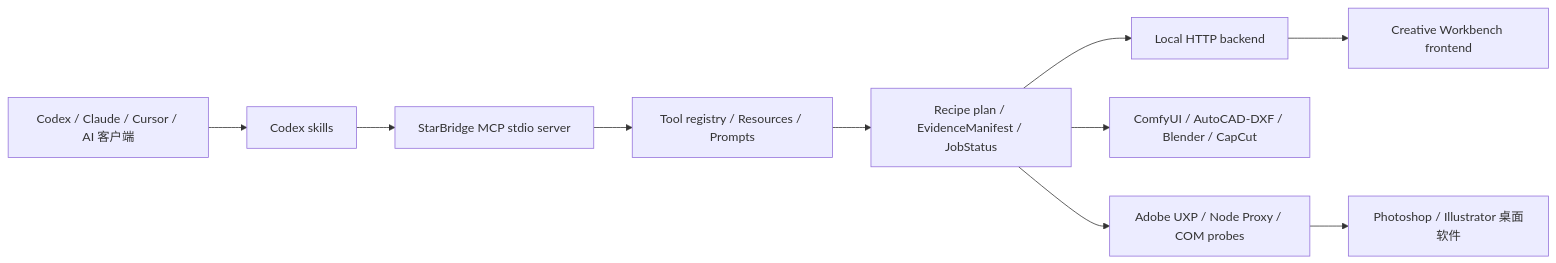
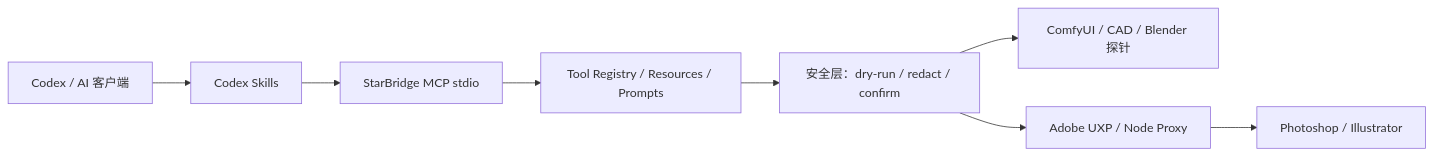
Before and after one commit to jianbaorui07-dot/Codex-Integration-with-Creative-Industry-Software: the diagram in README.md, drawn with Mermaid. The commit also changed other lines of this file and 258 other files, not shown here.

````diff
--- a/README.md
+++ b/README.md
@@ -135,12 +65,10 @@
 ```mermaid
 flowchart LR
-  A["Codex / Claude / Cursor / AI 客户端"] --> B["Codex skills"]
-  B --> C["StarBridge MCP stdio server"]
-  C --> D["Tool registry / Resources / Prompts"]
-  D --> E["Recipe plan / EvidenceManifest / JobStatus"]
-  E --> F["Local HTTP backend"]
-  F --> G["Creative Workbench frontend"]
-  E --> H["ComfyUI / AutoCAD-DXF / Blender / CapCut"]
-  E --> I["Adobe UXP / Node Proxy / COM probes"]
-  I --> J["Photoshop / Illustrator 桌面软件"]
+  A["Codex / AI 客户端"] --> B["Codex Skills"]
+  B --> C["StarBridge MCP stdio"]
+  C --> D["Tool Registry / Resources / Prompts"]
+  D --> E["安全层：dry-run / redact / confirm"]
+  E --> F["ComfyUI / CAD / Blender 探针"]
+  E --> G["Adobe UXP / Node Proxy"]
+  G --> H["Photoshop / Illustrator"]
 ```
````
